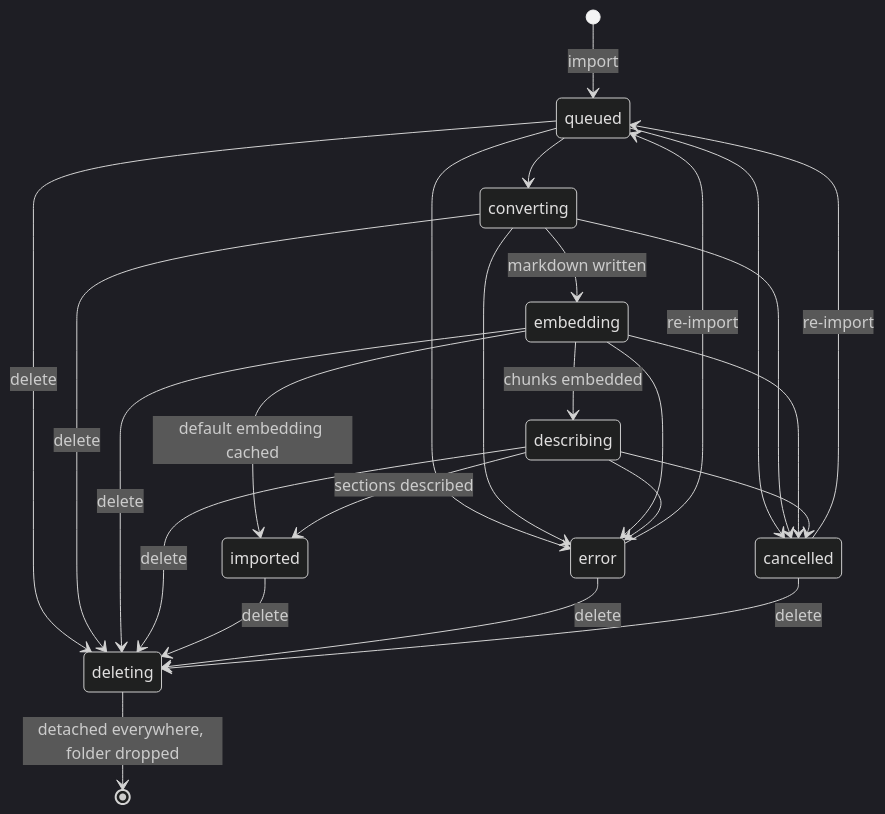
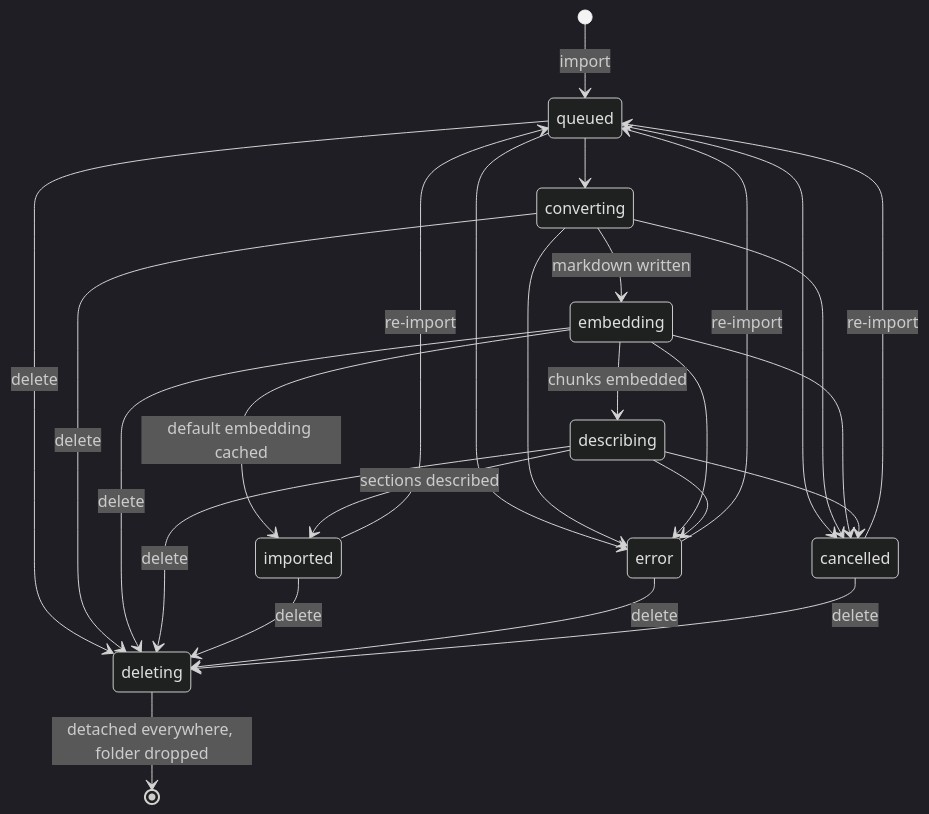
One commit to haskian/haskie changed the second of 4 diagrams in docs/documents-and-collections.md. Above: the diagram before and after it, drawn with Mermaid (dark theme). The commit also changed other lines of this file and 20 other files, not shown here.

````diff
--- a/docs/documents-and-collections.md
+++ b/docs/documents-and-collections.md
@@ -59,27 +59,28 @@
 ```mermaid
 stateDiagram-v2
     [*] --> queued: import
     queued --> converting
     converting --> embedding: markdown written
     embedding --> describing: chunks embedded
     embedding --> imported: default embedding cached
     describing --> imported: sections described
     queued --> error
     converting --> error
     embedding --> error
     describing --> error
     queued --> cancelled
     converting --> cancelled
     embedding --> cancelled
     describing --> cancelled
     error --> queued: re-import
     cancelled --> queued: re-import
+    imported --> queued: re-import
     queued --> deleting: delete
     converting --> deleting: delete
     embedding --> deleting: delete
     describing --> deleting: delete
     imported --> deleting: delete
     error --> deleting: delete
     cancelled --> deleting: delete
     deleting --> [*]: detached everywhere, folder dropped
 ```
````
